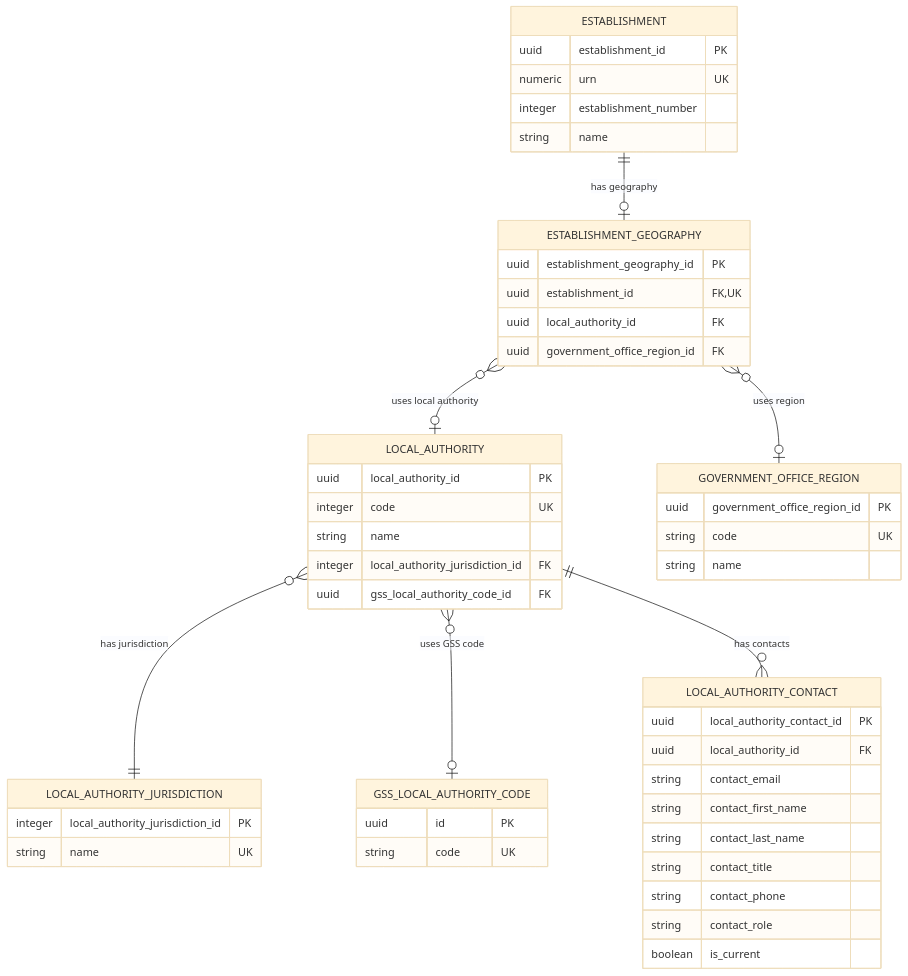
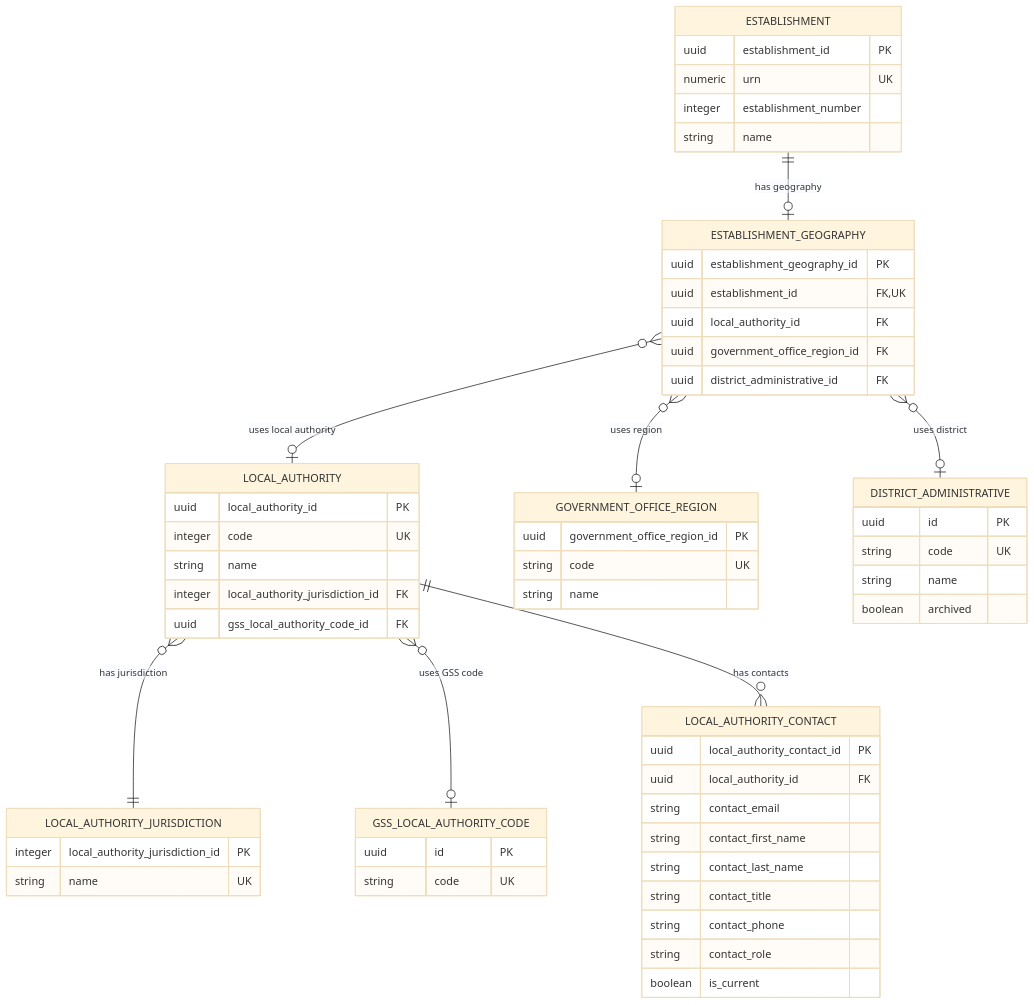
The diagram in models/logical/establishment/geography.md (DFE-Digital/education-provider-registry-docs), drawn with Mermaid (base theme) before and after one commit. The commit also changed other lines of this file and 18 other files, not shown here.

````diff
--- a/models/logical/establishment/geography.md
+++ b/models/logical/establishment/geography.md
@@ -43,59 +47,68 @@
 ```mermaid
 erDiagram
     ESTABLISHMENT ||--o| ESTABLISHMENT_GEOGRAPHY : "has geography"
     ESTABLISHMENT_GEOGRAPHY }o--o| LOCAL_AUTHORITY : "uses local authority"
     ESTABLISHMENT_GEOGRAPHY }o--o| GOVERNMENT_OFFICE_REGION : "uses region"
+    ESTABLISHMENT_GEOGRAPHY }o--o| DISTRICT_ADMINISTRATIVE : "uses district"
     LOCAL_AUTHORITY }o--|| LOCAL_AUTHORITY_JURISDICTION : "has jurisdiction"
     LOCAL_AUTHORITY }o--o| GSS_LOCAL_AUTHORITY_CODE : "uses GSS code"
     LOCAL_AUTHORITY ||--o{ LOCAL_AUTHORITY_CONTACT : "has contacts"
 
     ESTABLISHMENT {
         uuid establishment_id PK
         numeric urn UK
         integer establishment_number
         string name
     }
 
     ESTABLISHMENT_GEOGRAPHY {
         uuid establishment_geography_id PK
         uuid establishment_id FK, UK
         uuid local_authority_id FK
         uuid government_office_region_id FK
+        uuid district_administrative_id FK
     }
 
     GOVERNMENT_OFFICE_REGION {
         uuid government_office_region_id PK
         string code UK
         string name
+    }
+
+    DISTRICT_ADMINISTRATIVE {
+        uuid id PK
+        string code UK
+        string name
+        boolean archived
     }
 
     LOCAL_AUTHORITY {
         uuid local_authority_id PK
         integer code UK
         string name
         integer local_authority_jurisdiction_id FK
         uuid gss_local_authority_code_id FK
     }
 
     GSS_LOCAL_AUTHORITY_CODE {
         uuid id PK
         string code UK
     }
 
     LOCAL_AUTHORITY_CONTACT {
         uuid local_authority_contact_id PK
         uuid local_authority_id FK
         string contact_email
         string contact_first_name
         string contact_last_name
         string contact_title
         string contact_phone
         string contact_role
         boolean is_current
     }
 
     LOCAL_AUTHORITY_JURISDICTION {
         integer local_authority_jurisdiction_id PK
         string name UK
     }
 ```
````
